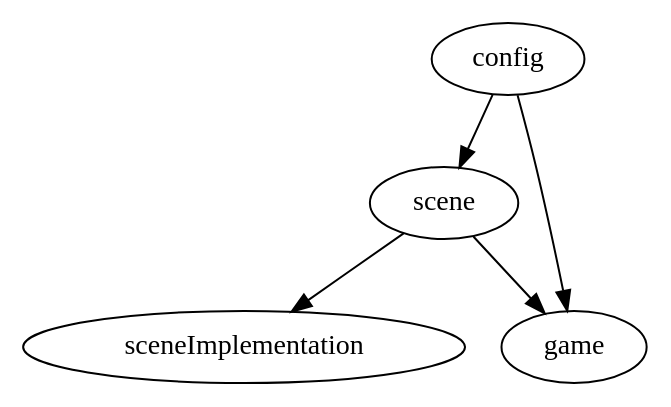
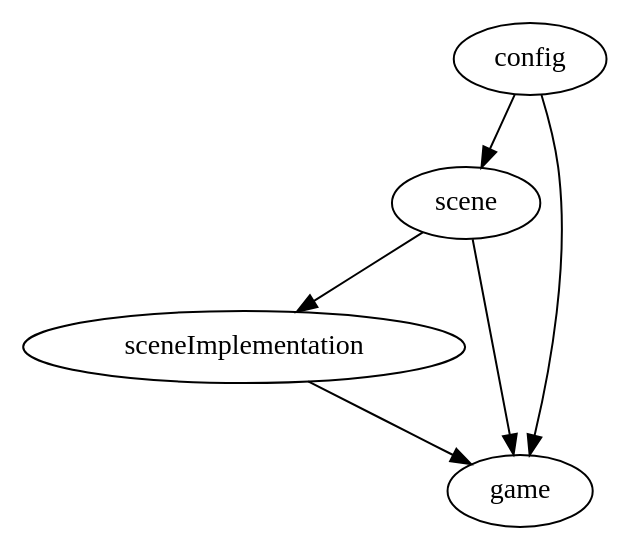
The diagram in docs/gameIncludes.dot (dalygbarron/eel), drawn with Graphviz before and after one commit. The commit also changed 15 other files, not shown here.

```diff
--- a/docs/gameIncludes.dot
+++ b/docs/gameIncludes.dot
@@ -1,8 +1,9 @@
 digraph {
     // Ok if we keep the game config and the main loop seperate it means that nothing needs to depend on the main loop
     // part which is good because it will depend on pretty much everything.
     scene -> sceneImplementation
     scene -> game
+    sceneImplementation -> game
     config -> scene
     config -> game
 }
```
